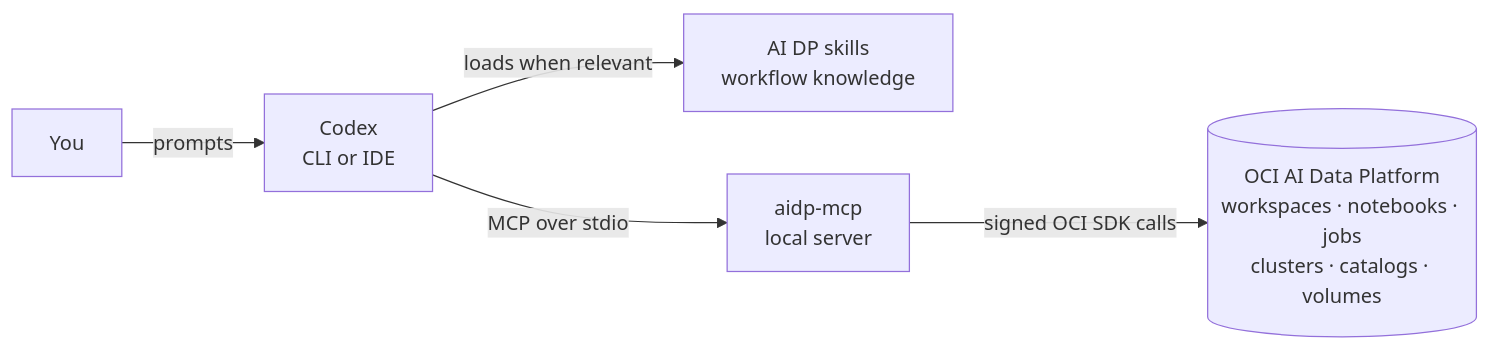
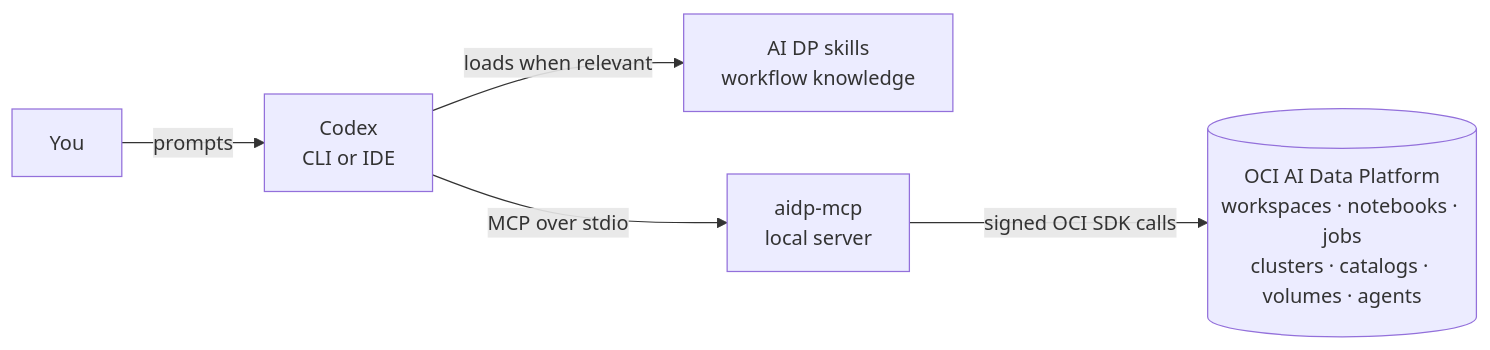
Before and after one commit to luigisaetta/codex-4-oci-aidp: the diagram in README.md, drawn with Mermaid. The commit also changed other lines of this file and 1 other file, not shown here.

Commit message:
updated with new commands for agents

````diff
--- a/README.md
+++ b/README.md
@@ -22,7 +22,7 @@
 ```mermaid
 flowchart LR
     dev["You"] -->|prompts| codex["Codex<br/>CLI or IDE"]
     codex -->|loads when relevant| skills["AI DP skills<br/>workflow knowledge"]
     codex -->|MCP over stdio| mcp["aidp-mcp<br/>local server"]
-    mcp -->|signed OCI SDK calls| aidp[("OCI AI Data Platform<br/>workspaces · notebooks · jobs<br/>clusters · catalogs · volumes")]
+    mcp -->|signed OCI SDK calls| aidp[("OCI AI Data Platform<br/>workspaces · notebooks · jobs<br/>clusters · catalogs · volumes · agents")]
 ```
````
